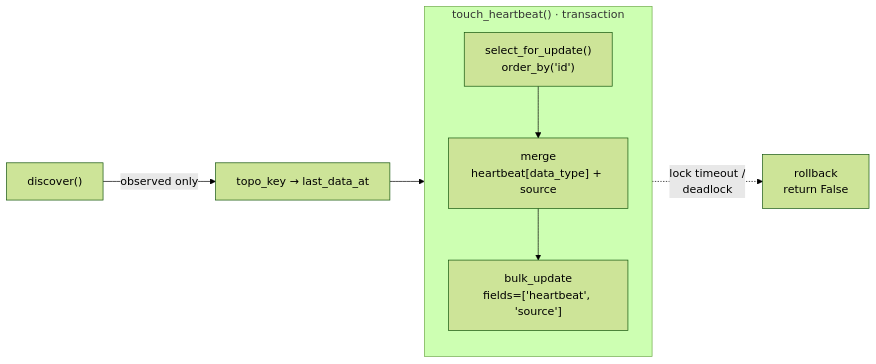
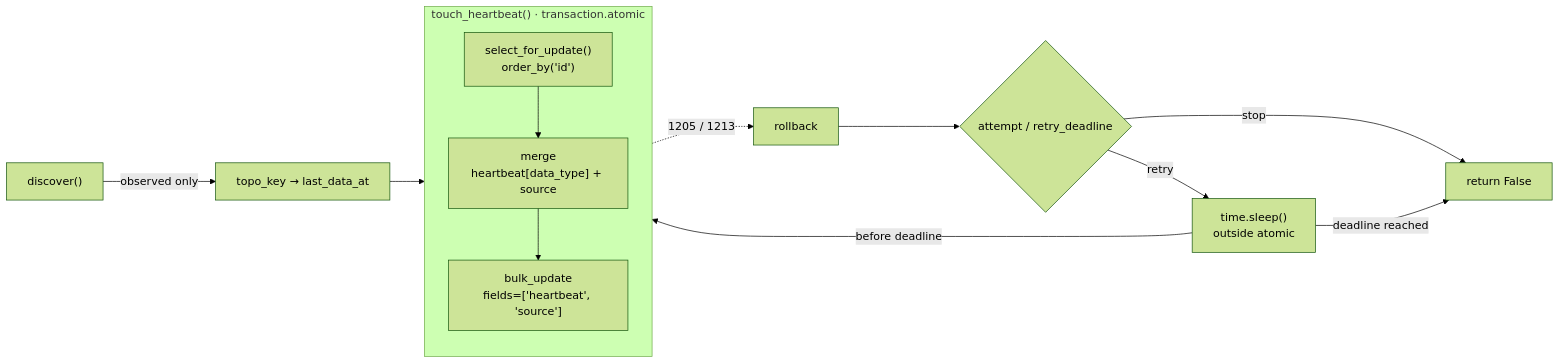
Before and after one commit to ZhuoZhuoCrayon/ai-workspace: the second of 3 diagrams in knowledge/bkmonitor/issues/2026-09-16-apm-service-data-status-heartbeat/PLAN.md, drawn with Mermaid (forest theme). The commit also changed other lines of this file and 4 other files, not shown here.

````diff
--- a/knowledge/bkmonitor/issues/2026-09-16-apm-service-data-status-heartbeat/PLAN.md
+++ b/knowledge/bkmonitor/issues/2026-09-16-apm-service-data-status-heartbeat/PLAN.md
@@ -193,13 +197,18 @@
 ```mermaid
 flowchart LR
     A["discover()"] -->|"observed only"| B["topo_key → last_data_at"]
     B --> E
 
-    subgraph T["touch_heartbeat() · transaction"]
+    subgraph T["touch_heartbeat() · transaction.atomic"]
         direction TB
         E["select_for_update()<br/>order_by('id')"] --> F["merge<br/>heartbeat[data_type] + source"]
         F --> G["bulk_update<br/>fields=['heartbeat', 'source']"]
     end
 
-    E -.->|"lock timeout /<br/>deadlock"| R["rollback<br/>return False"]
+    T -.->|"1205 / 1213"| R["rollback"]
+    R --> C{"attempt / retry_deadline"}
+    C -->|"retry"| S["time.sleep()<br/>outside atomic"]
+    S -->|"before deadline"| E
+    C -->|"stop"| X["return False"]
+    S -->|"deadline reached"| X
 ```
````
